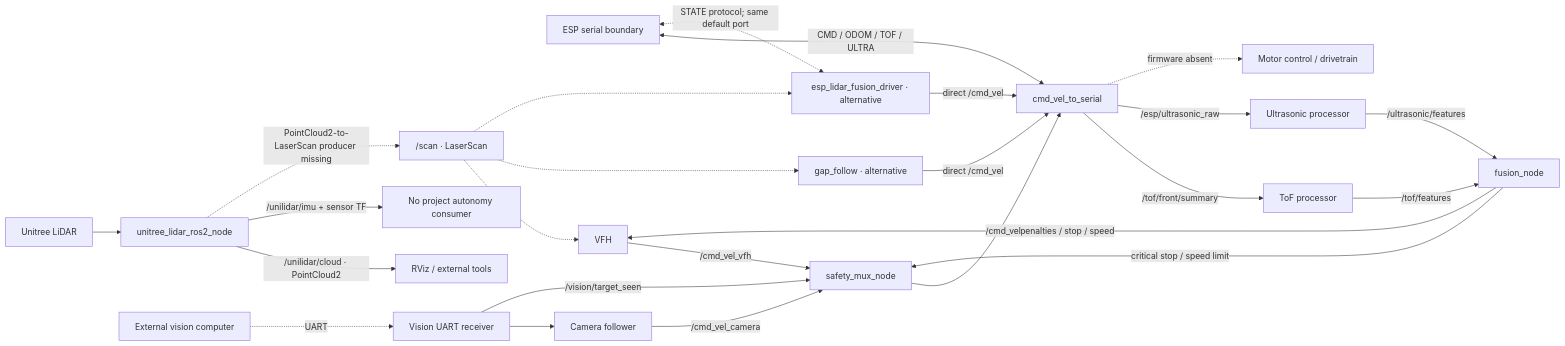
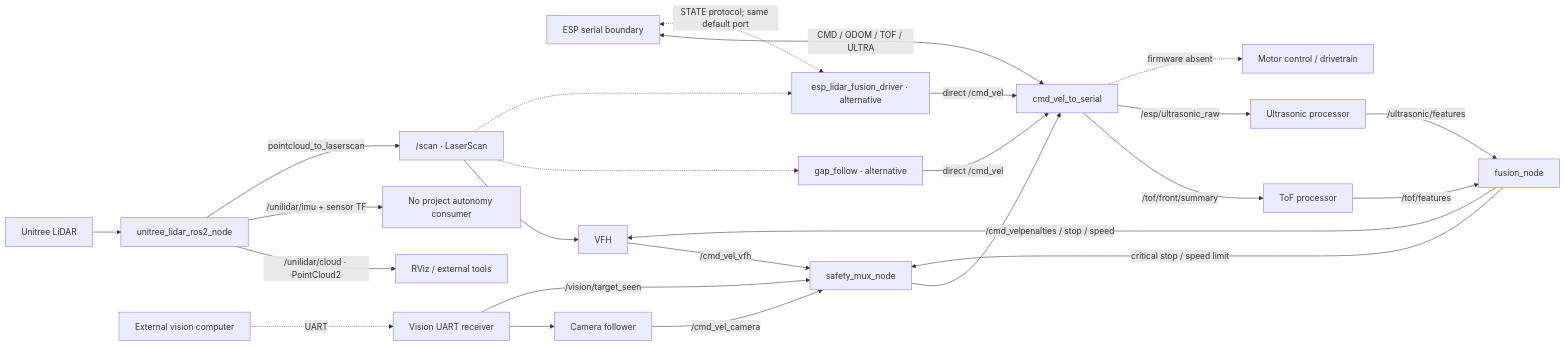
The first of 2 diagrams in docs/architecture/canonical_architecture.md (RushiSharma1999/sensor-fusion-ugv), drawn with Mermaid before and after one commit. The commit also changed other lines of this file and 26 other files, not shown here.

````diff
--- a/docs/architecture/canonical_architecture.md
+++ b/docs/architecture/canonical_architecture.md
@@ -25,32 +25,32 @@
 ```mermaid
 flowchart LR
     UL["Unitree LiDAR"] --> UROS["unitree_lidar_ros2_node"]
     UROS -->|"/unilidar/cloud · PointCloud2"| CLOUD["RViz / external tools"]
     UROS -->|"/unilidar/imu + sensor TF"| IMU["No project autonomy consumer"]
-    UROS -.->|"PointCloud2-to-LaserScan producer missing"| SCAN["/scan · LaserScan"]
+    UROS -->|"pointcloud_to_laserscan"| SCAN["/scan · LaserScan"]
 
     ESP["ESP serial boundary"] <-->|"CMD / ODOM / TOF / ULTRA"| BRIDGE["cmd_vel_to_serial"]
     BRIDGE -->|"/tof/front/summary"| TOF["ToF processor"]
     BRIDGE -->|"/esp/ultrasonic_raw"| US["Ultrasonic processor"]
     TOF -->|"/tof/features"| FUSION["fusion_node"]
     US -->|"/ultrasonic/features"| FUSION
 
-    SCAN -.-> VFH["VFH"]
+    SCAN --> VFH["VFH"]
     FUSION -->|"penalties / stop / speed"| VFH
     VFH -->|"/cmd_vel_vfh"| MUX["safety_mux_node"]
 
     VISION["External vision computer"] -.->|"UART"| RX["Vision UART receiver"]
     RX --> CAM["Camera follower"]
     CAM -->|"/cmd_vel_camera"| MUX
     RX -->|"/vision/target_seen"| MUX
     FUSION -->|"critical stop / speed limit"| MUX
     MUX -->|"/cmd_vel"| BRIDGE
 
     BRIDGE -.->|"firmware absent"| MOTOR["Motor control / drivetrain"]
 
     SCAN -.-> GAP["gap_follow · alternative"]
     GAP -->|"direct /cmd_vel"| BRIDGE
     SCAN -.-> EF["esp_lidar_fusion_driver · alternative"]
     ESP <-.->|"STATE protocol; same default port"| EF
     EF -->|"direct /cmd_vel"| BRIDGE
 ```
````
